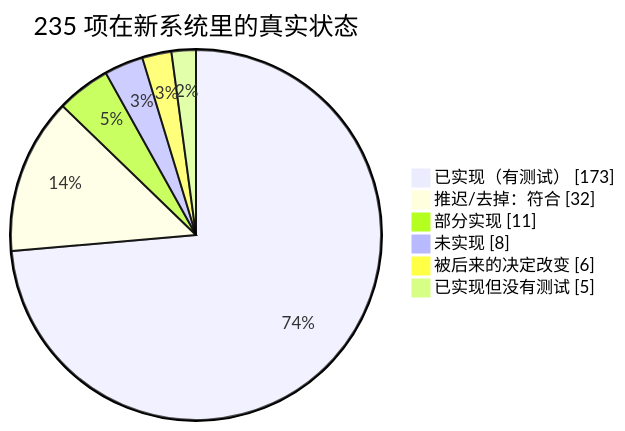
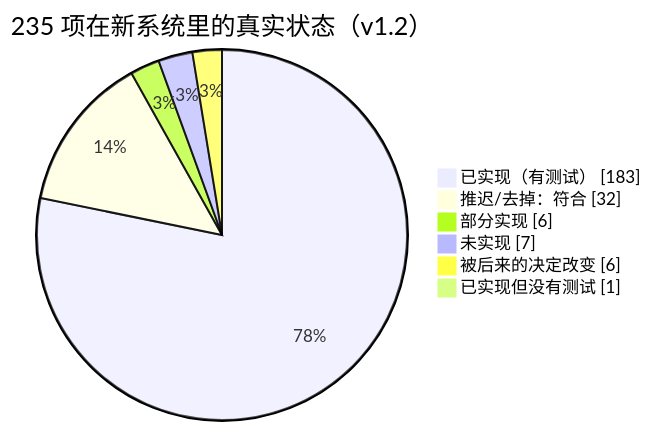
One commit to dollar3651314/falconx-lite changed the diagram in 测试报告/v1-功能对照核对.md. Above: the diagram before and after it, drawn with Mermaid. The commit also changed other lines of this file and 7 other files, not shown here.

First line of the commit message:
v2 E13 文档对齐和 E8–E12 文档：架构方案 v1.2、部署方案 v1.8、数据库设计 v1.20、功能对照核对 v1.2、项目地图 v0.47、项目索引 v0.53

````diff
--- a/测试报告/v1-功能对照核对.md
+++ b/测试报告/v1-功能对照核对.md
@@ -14,10 +14,10 @@
 ```mermaid
 pie showData
-    title 235 项在新系统里的真实状态
-    "已实现（有测试）" : 173
+    title 235 项在新系统里的真实状态（v1.2）
+    "已实现（有测试）" : 183
     "推迟/去掉：符合" : 32
-    "部分实现" : 11
-    "未实现" : 8
+    "部分实现" : 6
+    "未实现" : 7
     "被后来的决定改变" : 6
-    "已实现但没有测试" : 5
+    "已实现但没有测试" : 1
 ```
````
